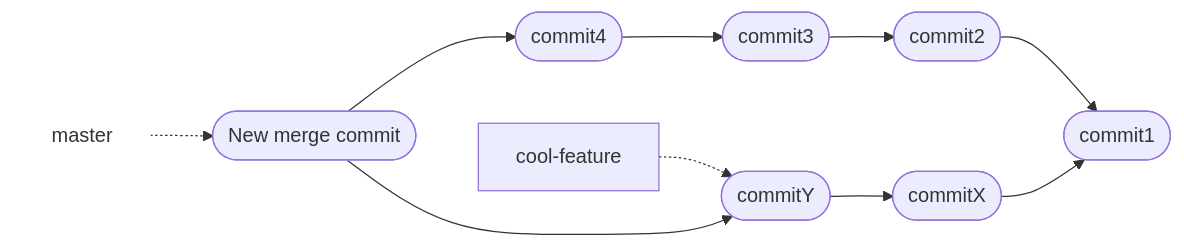
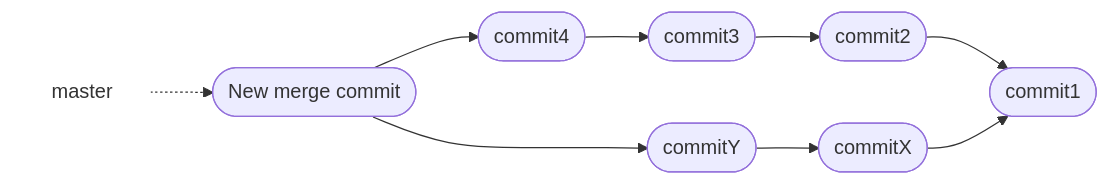
Before and after one commit to hpc2n/course-intro-git: the third of 9 diagrams in docs/branches.md, drawn with Mermaid.

Commit message:
Continuing to convert from hackmd

````diff
--- a/docs/branches.md
+++ b/docs/branches.md
@@ -312,24 +312,23 @@
 ```mermaid
 graph LR
 
   commit4Y(["New merge commit"])
   master["master"]
   style master fill:#ffffff,stroke:#ffffff
 
   commitX(["commitX"])
   commit1(["commit1"])
   commit2(["commit2"])
   commitY(["commitY"])
   commit3(["commit3"])
   commit4(["commit4"])
 
   master -.-> commit4Y
   commit4 --> commit3
   commit4Y --> commit4
-  cool-feature -.-> commitY
   commit3 --> commit2
   commit2 --> commit1
   commitY --> commitX
   commit4Y --> commitY
   commitX --> commit1
 ```
````
